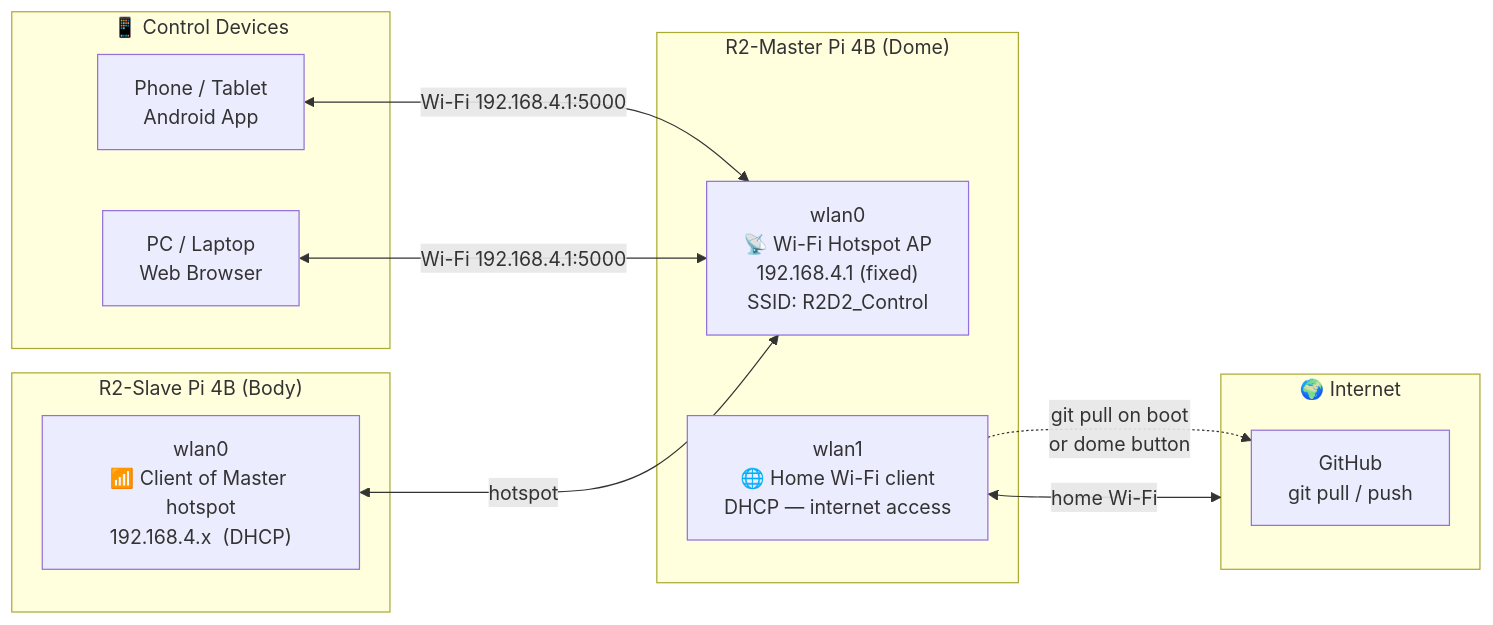
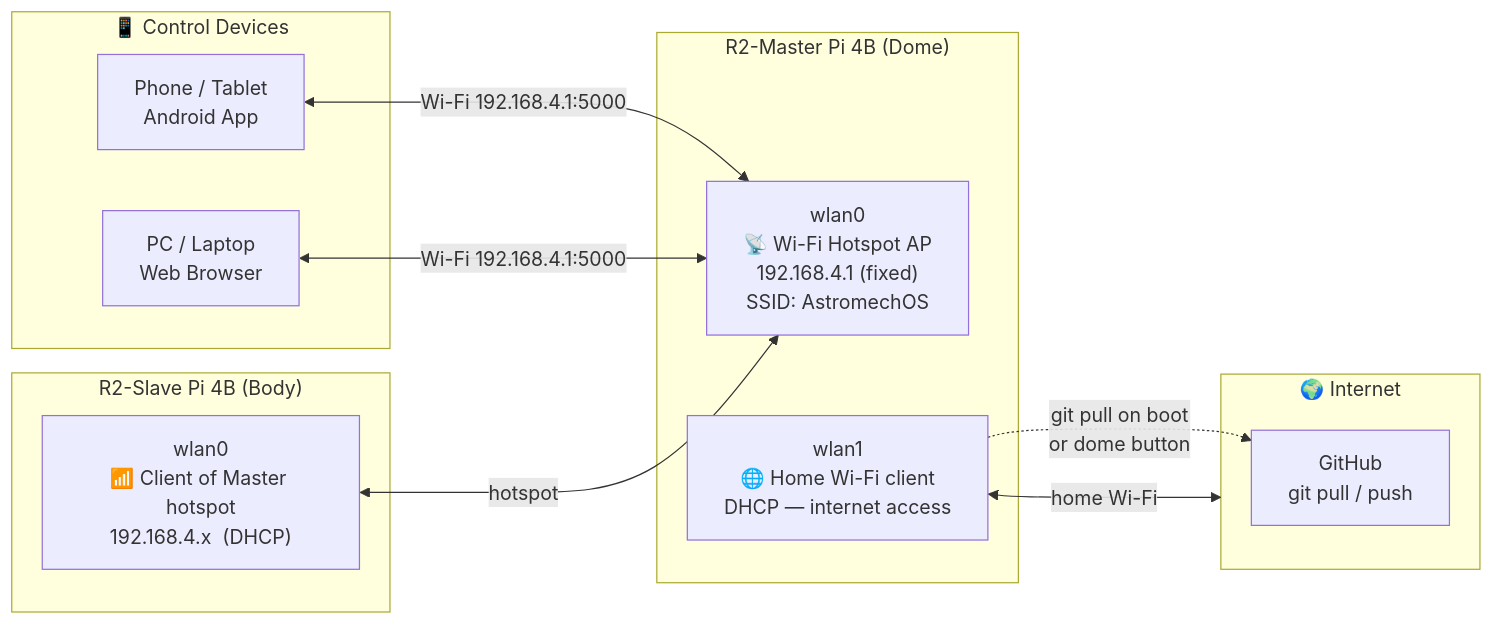
The third of 4 diagrams in ELECTRONICS.md (RickDnamps/AstromechOS), drawn with Mermaid before and after one commit. The commit also changed other lines of this file and 93 other files, not shown here.

````diff
--- a/ELECTRONICS.md
+++ b/ELECTRONICS.md
@@ -261,26 +261,26 @@
 ```mermaid
 flowchart LR
     subgraph INTERNET["🌍 Internet"]
         GITHUB["GitHub\ngit pull / push"]
     end
 
     subgraph MASTER_NET["R2-Master Pi 4B (Dome)"]
-        WLAN0["wlan0\n📡 Wi-Fi Hotspot AP\n192.168.4.1  (fixed)\nSSID: R2D2_Control"]
+        WLAN0["wlan0\n📡 Wi-Fi Hotspot AP\n192.168.4.1  (fixed)\nSSID: AstromechOS"]
         WLAN1["wlan1\n🌐 Home Wi-Fi client\nDHCP — internet access"]
     end
 
     subgraph SLAVE_NET["R2-Slave Pi 4B (Body)"]
         WLAN0_S["wlan0\n📶 Client of Master hotspot\n192.168.4.x  (DHCP)"]
     end
 
     subgraph DEVICES["📱 Control Devices"]
         PHONE["Phone / Tablet\nAndroid App"]
         PC["PC / Laptop\nWeb Browser"]
     end
 
     PHONE <-->|"Wi-Fi  192.168.4.1:5000"| WLAN0
     PC    <-->|"Wi-Fi  192.168.4.1:5000"| WLAN0
     WLAN0_S <-->|"hotspot"| WLAN0
     WLAN1 <-->|"home Wi-Fi"| INTERNET
     WLAN1 -.->|"git pull on boot\nor dome button"| GITHUB
 ```
````
